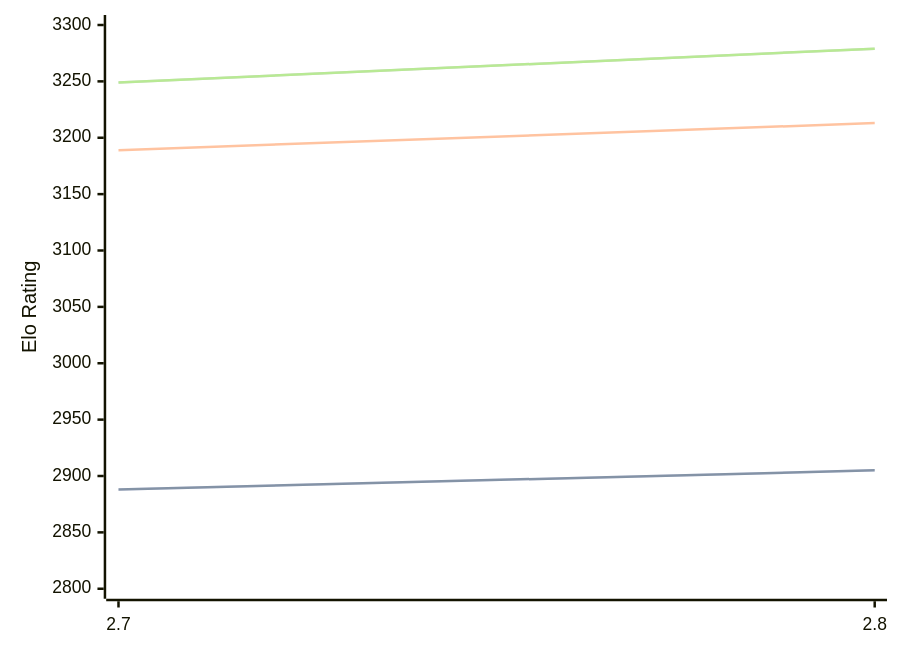
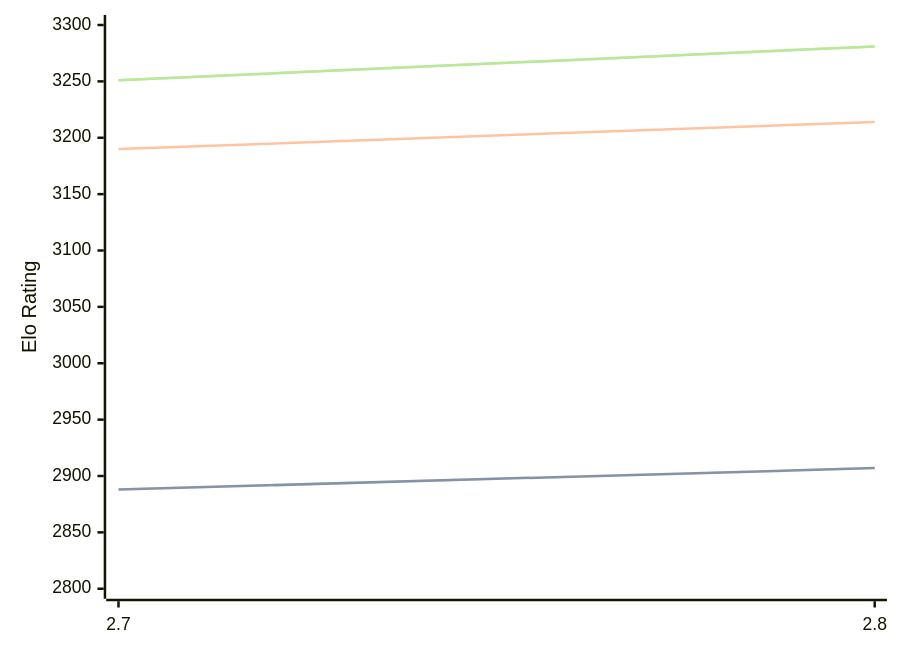
Before and after one commit to computer-chess-index/cci: the diagram in engines/Arcanum.md, drawn with Mermaid. The commit also changed other lines of this file, not shown here.

Commit message:
Update CCI Ratings (ELO VLTC) - 2026-07-24

````diff
--- a/engines/Arcanum.md
+++ b/engines/Arcanum.md
@@ -44,11 +44,11 @@
 ```mermaid
 %%{init: {"theme":"base","themeVariables":{"seriesColors:['#a3a3a3','#222221','#faa371']}}}%%
 xychart-beta
   x-axis ["2.7", "2.8"]
   y-axis "Elo Rating" 2800 --> 3300
-  line "STC (8.0+0.08s)" [2888, 2905]
-  line "STC (8.0+0.08s)" [2888, 2905]
-  line "LTC (60.0+0.60s)" [3189, 3213]
-  line "VLTC (2m24s+1.12s)" [3249, 3279]
-  line "VLTC (2m24s+1.12s)" [3249, 3279]
+  line "STC (8.0+0.08s)" [2888, 2907]
+  line "STC (8.0+0.08s)" [2888, 2907]
+  line "LTC (60.0+0.60s)" [3190, 3214]
+  line "VLTC (2m24s+1.12s)" [3251, 3281]
+  line "VLTC (2m24s+1.12s)" [3251, 3281]
 ```
````
